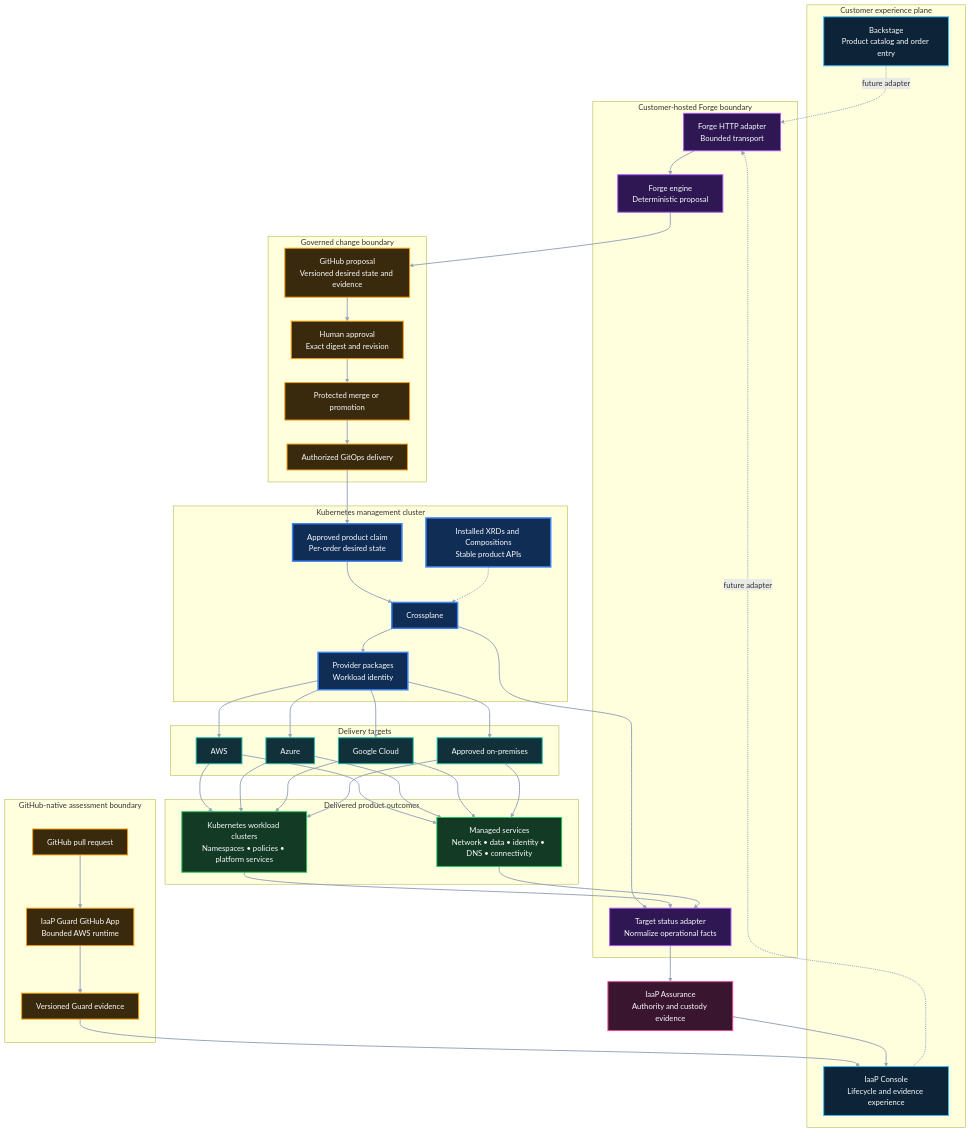
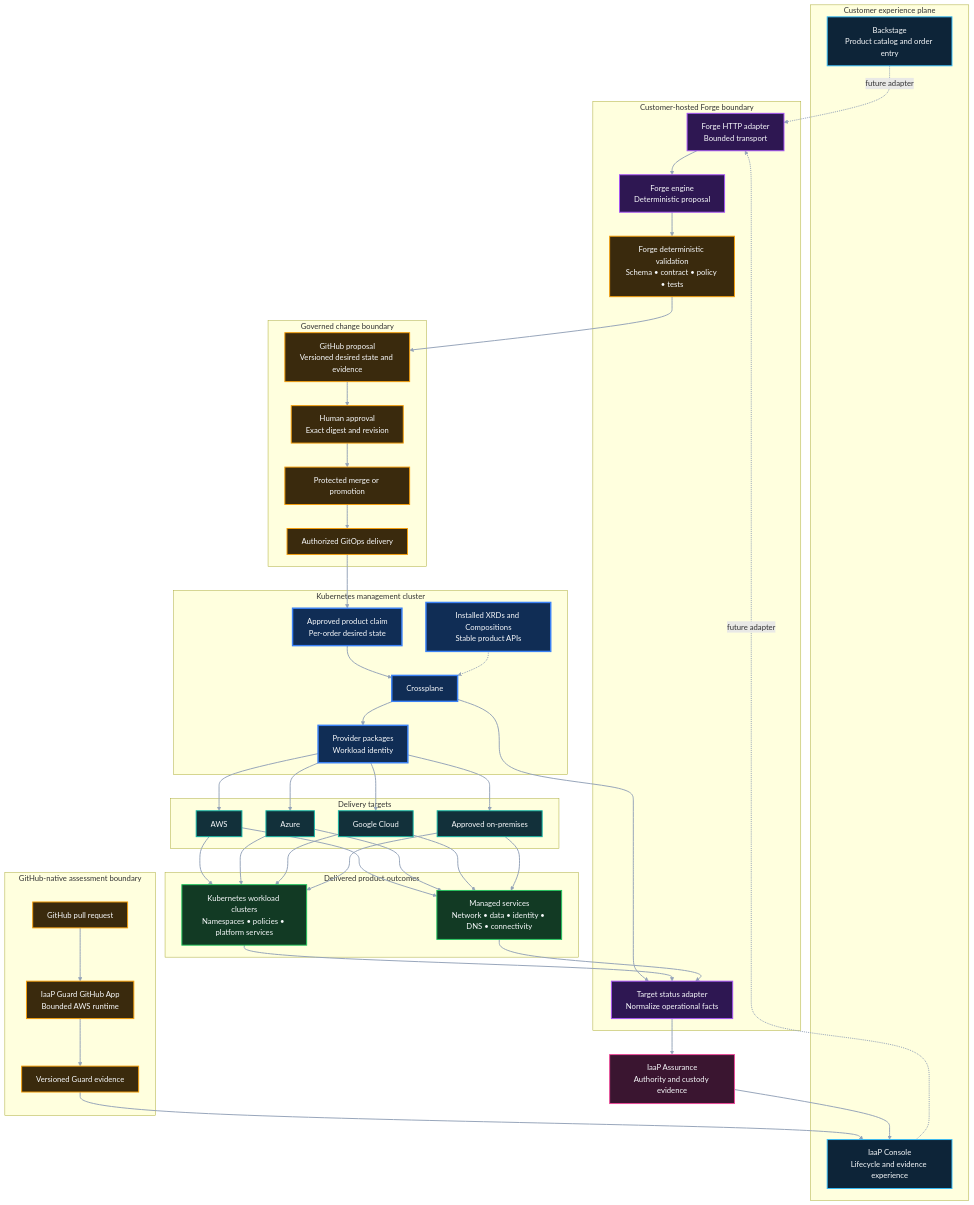
One commit to InfrastructureProductWorks/ai-powered-infrastructure-as-a-product changed the second of 5 diagrams in docs/PRODUCT-ARCHITECTURE.md. Above: the diagram before and after it, drawn with Mermaid. The commit also changed other lines of this file, not shown here.

Commit message:
docs: restore deterministic Forge gate

```diff
--- a/docs/PRODUCT-ARCHITECTURE.md
+++ b/docs/PRODUCT-ARCHITECTURE.md
@@ -73,6 +75,7 @@
   subgraph SVC["Customer-hosted Forge boundary"]
     FH["Forge HTTP adapter<br/>Bounded transport"]
     FE["Forge engine<br/>Deterministic proposal"]
+    FV["Forge deterministic validation<br/>Schema • contract • policy • tests"]
     FA["Target status adapter<br/>Normalize operational facts"]
   end
 
@@ -110,7 +113,8 @@
   GE --> UI
   UI -. future adapter .-> FH
   FH --> FE
-  FE --> GH
+  FE --> FV
+  FV --> GH
   GH --> HA
   HA --> PM
   PM --> GC
@@ -145,7 +149,7 @@
   classDef evidence fill:#3A1530,stroke:#EC4899,stroke-width:2px,color:#F8FAFC
   class BS,UI experience
   class FH,FE,FA service
-  class GPR,GAPP,GE,GH,HA,PM,GC governance
+  class GPR,GAPP,GE,FV,GH,HA,PM,GC governance
   class CLAIM,XP,PKG,PRV control
   class C1,C2,C3,C4 cloud
   class WK,MS outcome
```
